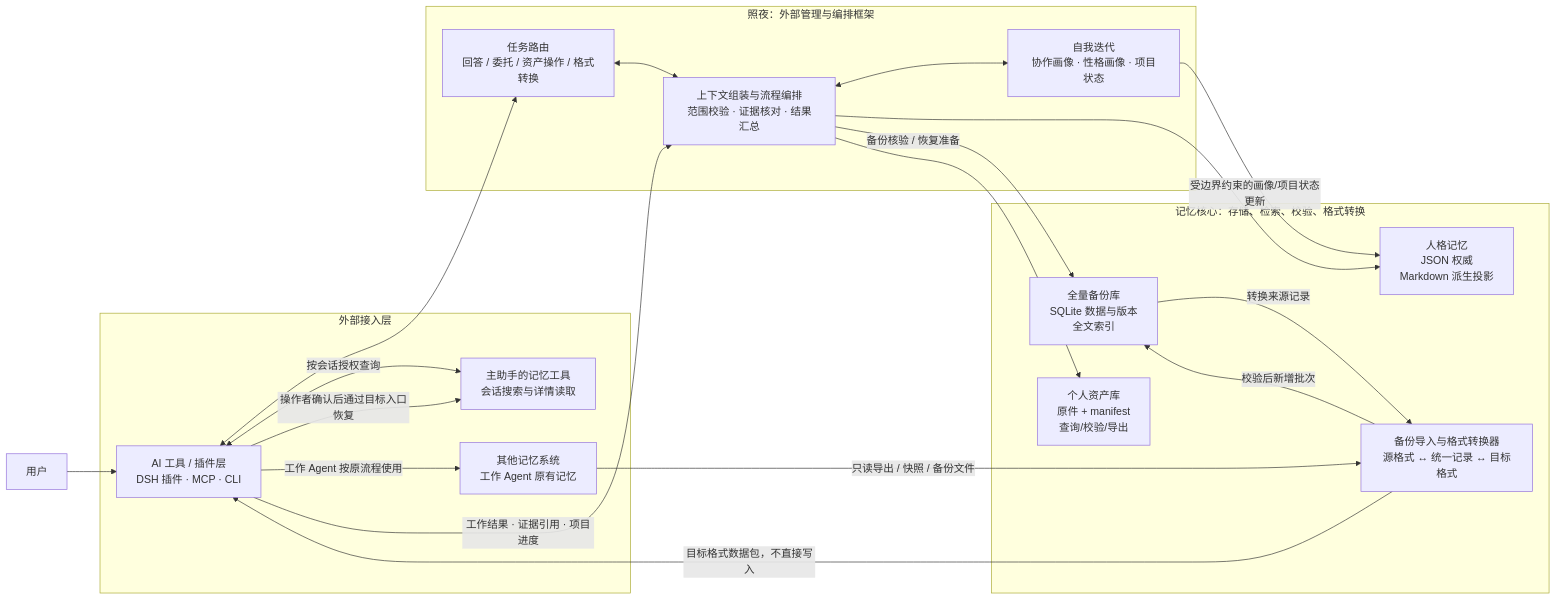
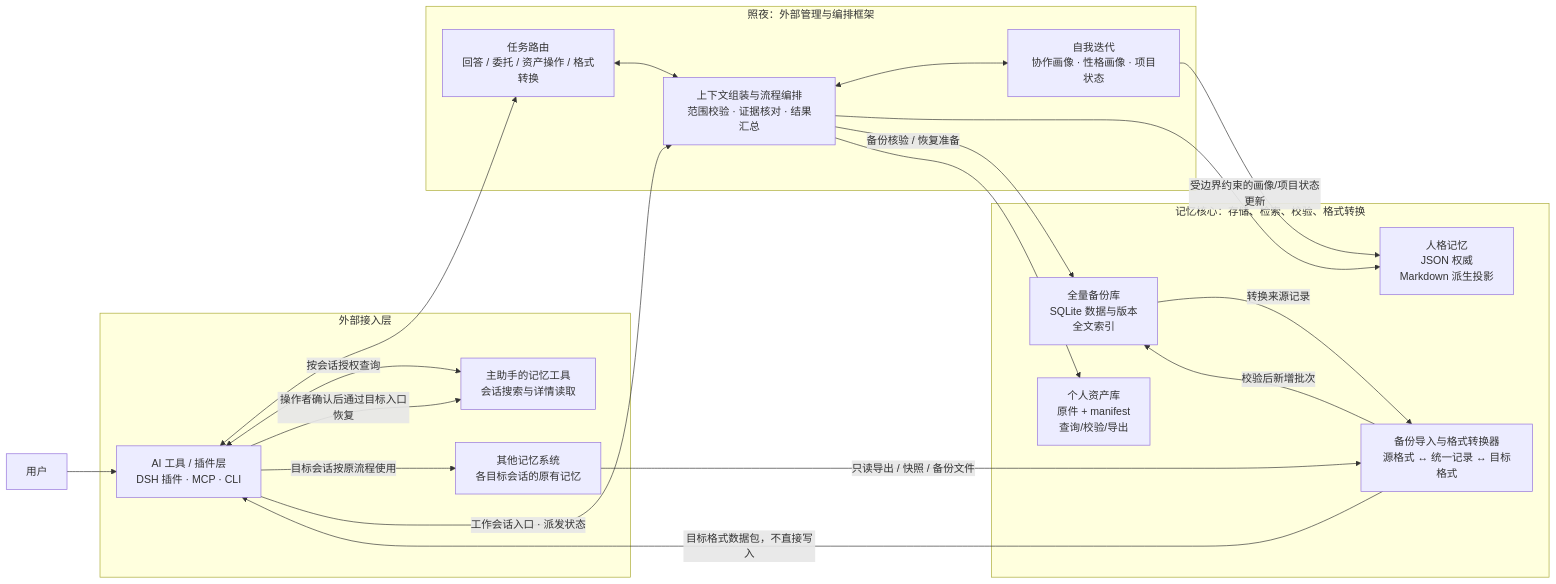
Before and after one commit to yuan-aaas/zhaoye-mem: the first of 2 diagrams in docs/01-架构基线.md, drawn with Mermaid. The commit also changed other lines of this file and 15 other files, not shown here.

````diff
--- a/docs/01-架构基线.md
+++ b/docs/01-架构基线.md
@@ -21,39 +21,39 @@
 ```mermaid
 flowchart LR
     U[用户]
     subgraph EXT[外部接入层]
         AI["AI 工具 / 插件层<br/>DSH 插件 · MCP · CLI"]
         ACTIVE["主助手的记忆工具<br/>会话搜索与详情读取"]
-        MEM["其他记忆系统<br/>工作 Agent 原有记忆"]
+        MEM["其他记忆系统<br/>各目标会话的原有记忆"]
     end
 
     subgraph ZY[照夜：外部管理与编排框架]
         ROUTER["任务路由<br/>回答 / 委托 / 资产操作 / 格式转换"]
         ORCH["上下文组装与流程编排<br/>范围校验 · 证据核对 · 结果汇总"]
         REFLECT["自我迭代<br/>协作画像 · 性格画像 · 项目状态"]
         ROUTER <--> ORCH
         ORCH <--> REFLECT
     end
 
     subgraph CORE[记忆核心：存储、检索、校验、格式转换]
         PERSONA["人格记忆<br/>JSON 权威<br/>Markdown 派生投影"]
         SQLITE["全量备份库<br/>SQLite 数据与版本<br/>全文索引"]
         ASSETS["个人资产库<br/>原件 + manifest<br/>查询/校验/导出"]
         ADAPTER["备份导入与格式转换器<br/>源格式 ↔ 统一记录 ↔ 目标格式"]
     end
 
     U --> AI
     AI <--> ROUTER
     ORCH --> PERSONA
     ORCH -->|备份核验 / 恢复准备| SQLITE
     ORCH --> ASSETS
     MEM -->|只读导出 / 快照 / 备份文件| ADAPTER
     ADAPTER -->|校验后新增批次| SQLITE
     SQLITE -->|转换来源记录| ADAPTER
     ADAPTER -->|目标格式数据包，不直接写入| AI
     AI <-->|按会话授权查询| ACTIVE
     AI -->|操作者确认后通过目标入口恢复| ACTIVE
-    AI -->|工作 Agent 按原流程使用| MEM
-    AI -->|工作结果 · 证据引用 · 项目进度| ORCH
+    AI -->|目标会话按原流程使用| MEM
+    AI -->|工作会话入口 · 派发状态| ORCH
     REFLECT -->|受边界约束的画像/项目状态更新| PERSONA
 ```
````
